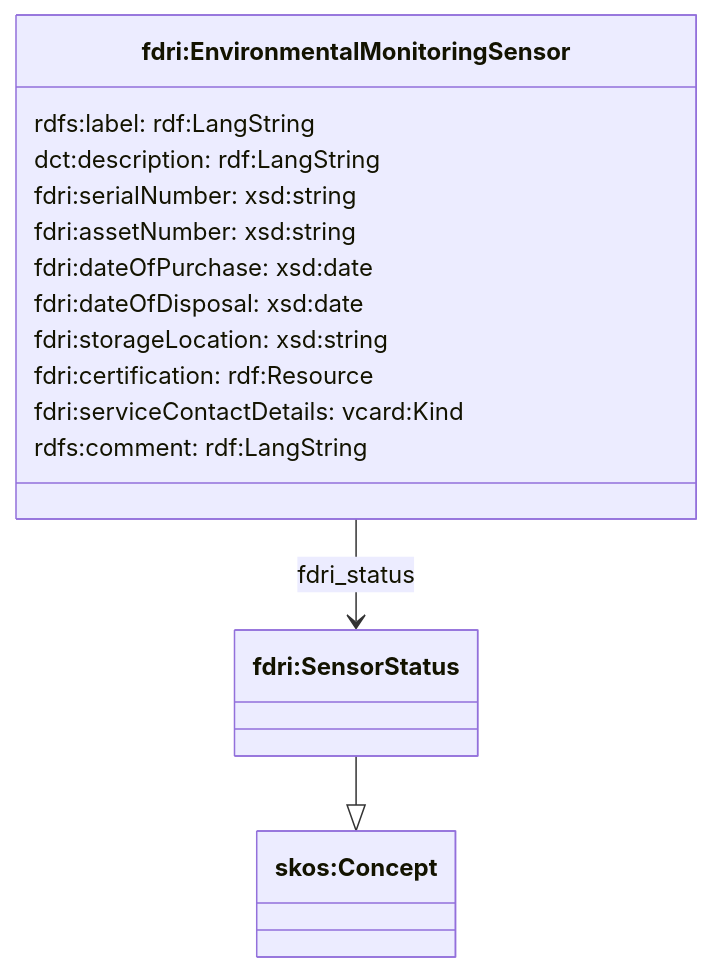
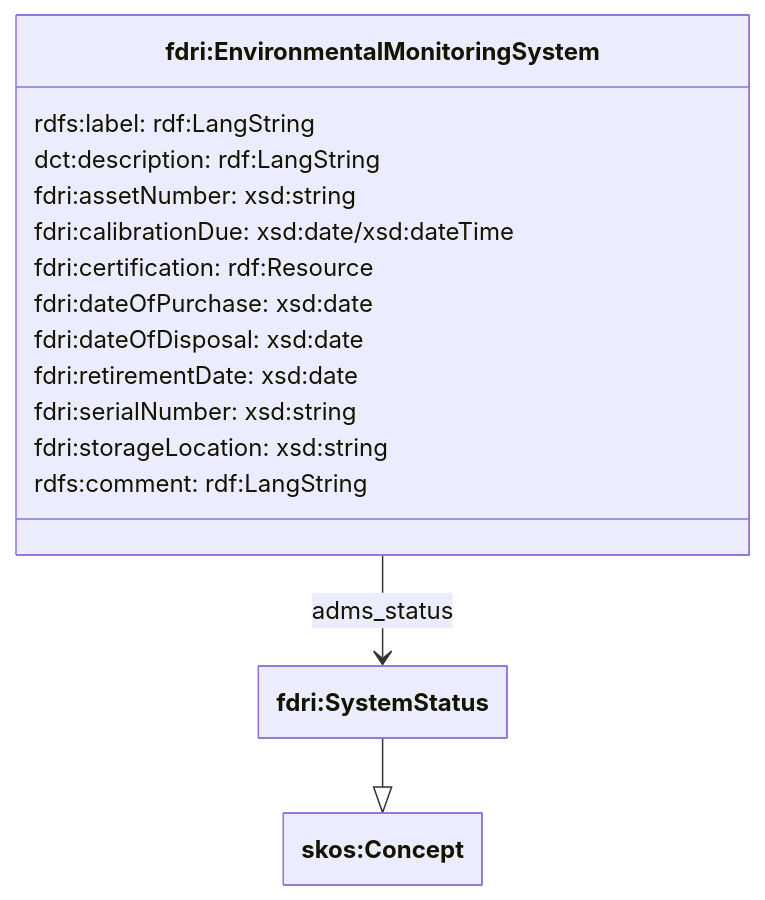
One commit to NERC-CEH/fdri-ontology changed the seventh of 9 diagrams in doc/sensor-system.md. Above: the diagram before and after it, drawn with Mermaid. The commit also changed other lines of this file, not shown here.

Commit message:
Update sensor/system docs

````diff
--- a/doc/sensor-system.md
+++ b/doc/sensor-system.md
@@ -175,20 +187,24 @@
 ```mermaid
+---
+  config: { class: {hideEmptyMembersBox: true}}
+---
 classDiagram
-  class System["fdri:EnvironmentalMonitoringSensor"]
+  class System["fdri:EnvironmentalMonitoringSystem"]
   class System {
     rdfs:label: rdf:LangString
     dct:description: rdf:LangString
-    fdri:serialNumber: xsd:string
     fdri:assetNumber: xsd:string
+    fdri:calibrationDue: xsd:date/xsd:dateTime
+    fdri:certification: rdf:Resource
     fdri:dateOfPurchase: xsd:date
     fdri:dateOfDisposal: xsd:date
+    fdri:retirementDate: xsd:date
+    fdri:serialNumber: xsd:string
     fdri:storageLocation: xsd:string
-    fdri:certification: rdf:Resource
-    fdri:serviceContactDetails: vcard:Kind
     rdfs:comment: rdf:LangString
   }
-  class SensorStatus["fdri:SensorStatus"]
+  class SensorStatus["fdri:SystemStatus"]
   class Concept["skos:Concept"]
-  System --> SensorStatus : fdri_status
+  System --> SensorStatus : adms_status
   SensorStatus --|> Concept
 ```
````
